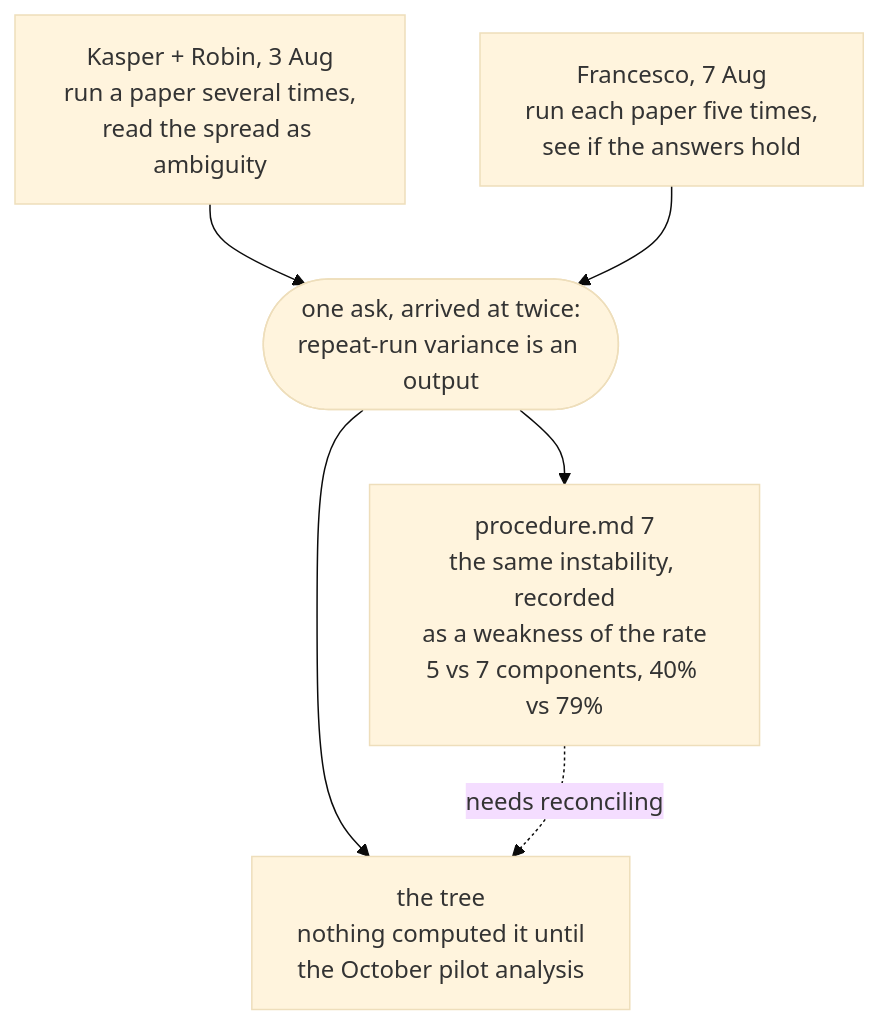
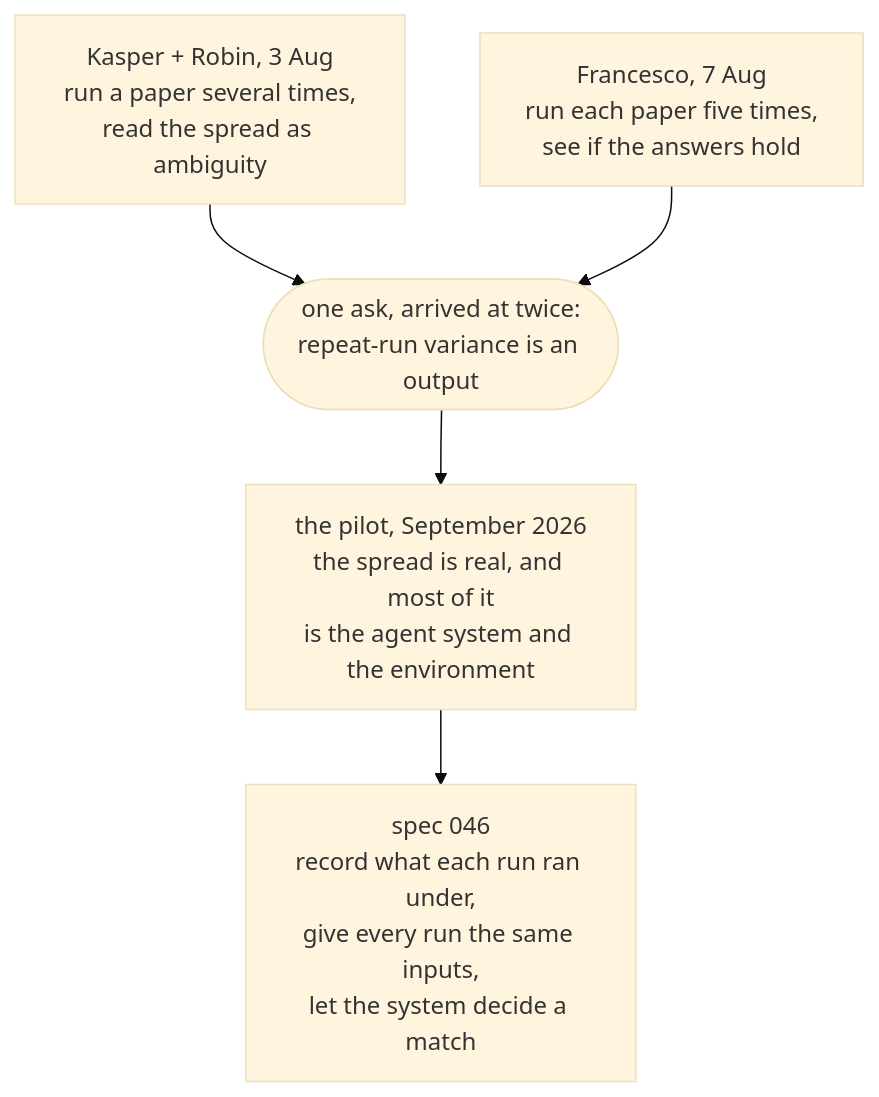
One commit to latere-ai/replichai changed the second of 10 diagrams in docs/consultations.md. Above: the diagram before and after it, drawn with Mermaid (base theme). The commit also changed other lines of this file, not shown here.

Commit message:
docs: consultations drops the superseded paper plan and records what the pilot showed and where each step stands

````diff
--- a/docs/consultations.md
+++ b/docs/consultations.md
@@ -70,11 +74,10 @@
 ```mermaid
 flowchart TB
     K["Kasper + Robin, 3 Aug<br/>run a paper several times,<br/>read the spread as ambiguity"]
     F["Francesco, 7 Aug<br/>run each paper five times,<br/>see if the answers hold"]
     V(["one ask, arrived at twice:<br/>repeat-run variance is an output"])
     K --> V
     F --> V
-    V --> P["procedure.md 7<br/>the same instability, recorded<br/>as a weakness of the rate<br/>5 vs 7 components, 40% vs 79%"]
-    V --> G["the tree<br/>nothing computed it until<br/>the October pilot analysis"]
-    P -.->|"needs reconciling"| G
+    V --> P["the pilot, September 2026<br/>the spread is real, and most of it<br/>is the agent system and the environment"]
+    P --> G["spec 046<br/>record what each run ran under,<br/>give every run the same inputs,<br/>let the system decide a match"]
 ```
````
